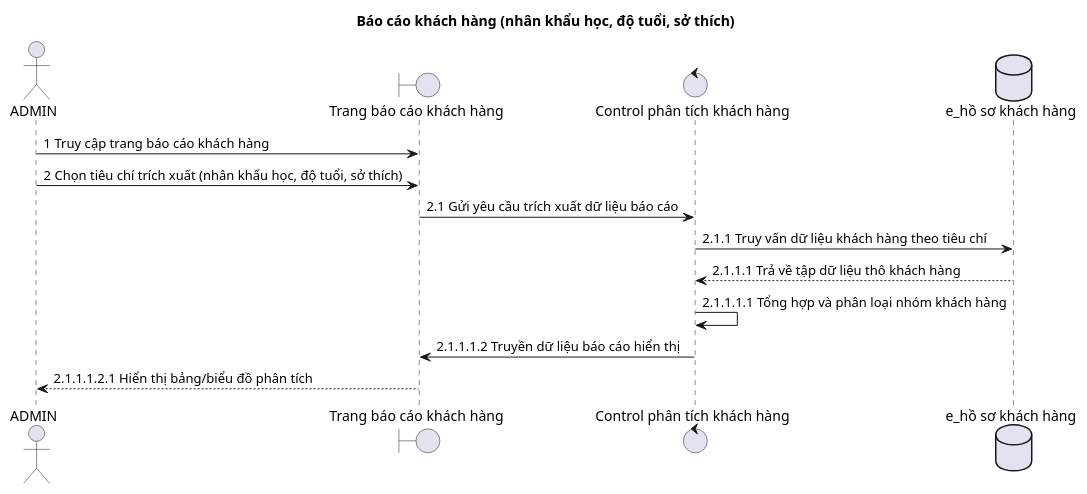
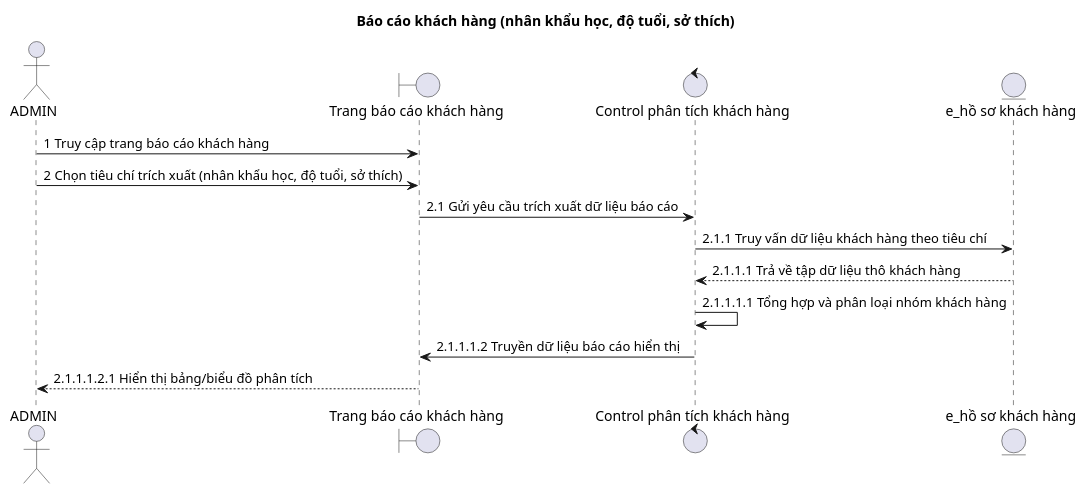
One commit to duygri/do-an-htttdn-crm changed the diagram in docs/diagrams/sequence/preview/05-customer-report.puml. Above: the diagram before and after it, drawn with PlantUML. The commit also changed 9 other files, not shown here.

Commit message:
docs: align PlantUML BCE notation

```diff
--- a/docs/diagrams/sequence/preview/05-customer-report.puml
+++ b/docs/diagrams/sequence/preview/05-customer-report.puml
@@ -1,17 +1,17 @@
 @startuml
 title Báo cáo khách hàng (nhân khẩu học, độ tuổi, sở thích)
 
 actor ADMIN as Admin
 boundary "Trang báo cáo khách hàng" as Boundary
 control "Control phân tích khách hàng" as Control
-database "e_hồ sơ khách hàng" as Entity
+entity "e_hồ sơ khách hàng" as Entity
 
 Admin -> Boundary: 1 Truy cập trang báo cáo khách hàng
 Admin -> Boundary: 2 Chọn tiêu chí trích xuất (nhân khẩu học, độ tuổi, sở thích)
 Boundary -> Control: 2.1 Gửi yêu cầu trích xuất dữ liệu báo cáo
 Control -> Entity: 2.1.1 Truy vấn dữ liệu khách hàng theo tiêu chí
 Entity --> Control: 2.1.1.1 Trả về tập dữ liệu thô khách hàng
 Control -> Control: 2.1.1.1.1 Tổng hợp và phân loại nhóm khách hàng
 Control -> Boundary: 2.1.1.1.2 Truyền dữ liệu báo cáo hiển thị
 Boundary --> Admin: 2.1.1.1.2.1 Hiển thị bảng/biểu đồ phân tích
 @enduml
```
